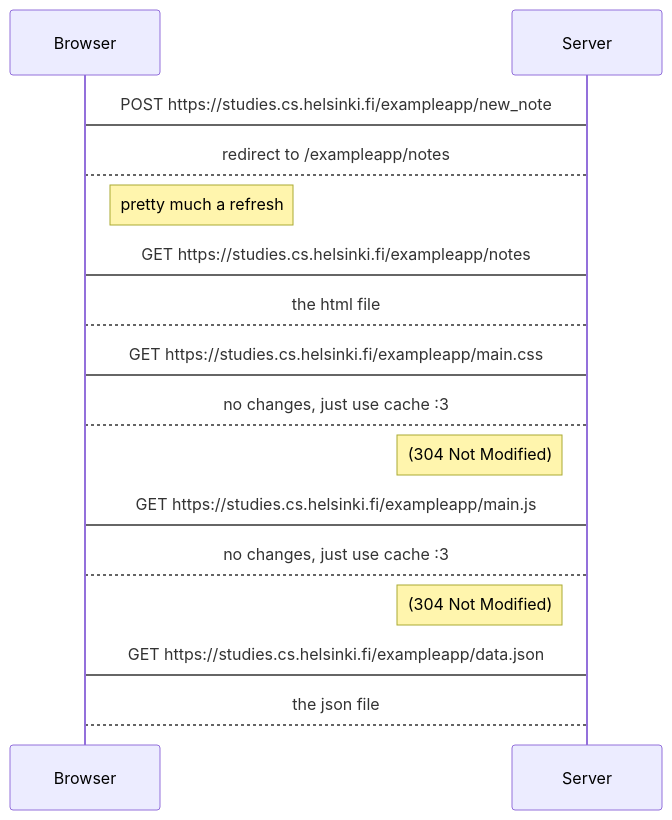
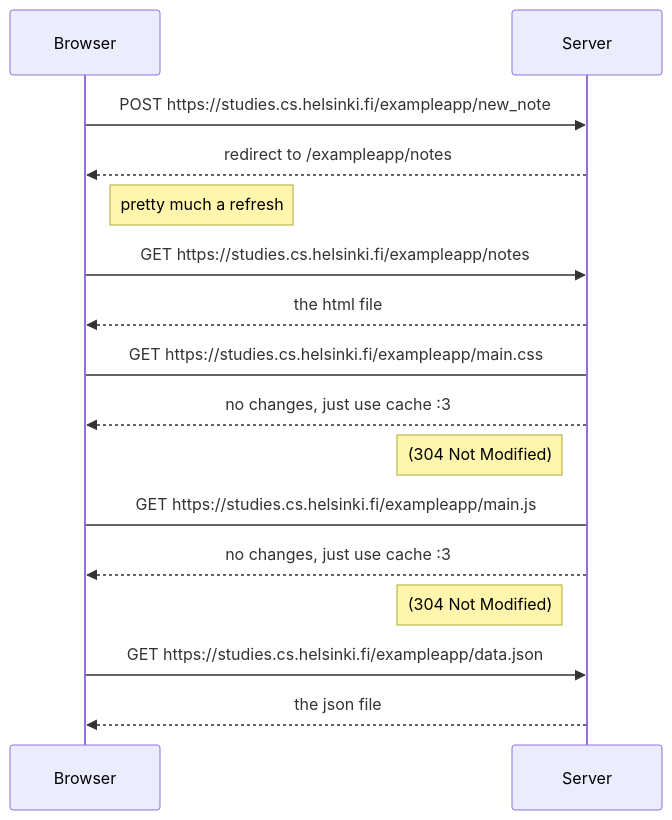
One commit to reddgab/fullstack-submissions changed the diagram in Part 0/Exercise 0.4/flowchart.md. Above: the diagram before and after it, drawn with Mermaid.

Commit message:
Added arrowheads to 0.4

````diff
--- a/Part 0/Exercise 0.4/flowchart.md
+++ b/Part 0/Exercise 0.4/flowchart.md
@@ -1,16 +1,16 @@
 ```mermaid
 sequenceDiagram
-    Browser->Server: POST https://studies.cs.helsinki.fi/exampleapp/new_note
-    Server-->Browser: redirect to /exampleapp/notes
+    Browser->>Server: POST https://studies.cs.helsinki.fi/exampleapp/new_note
+    Server-->>Browser: redirect to /exampleapp/notes
     note right of Browser: pretty much a refresh
-    Browser->Server: GET https://studies.cs.helsinki.fi/exampleapp/notes
-    Server-->Browser: the html file
+    Browser->>Server: GET https://studies.cs.helsinki.fi/exampleapp/notes
+    Server-->>Browser: the html file
     Browser->Server: GET https://studies.cs.helsinki.fi/exampleapp/main.css
-    Server-->Browser: no changes, just use cache :3
+    Server-->>Browser: no changes, just use cache :3
     note left of Server: (304 Not Modified)
     Browser->Server: GET https://studies.cs.helsinki.fi/exampleapp/main.js
-    Server-->Browser: no changes, just use cache :3
+    Server-->>Browser: no changes, just use cache :3
     note left of Server: (304 Not Modified)
-    Browser->Server: GET https://studies.cs.helsinki.fi/exampleapp/data.json
-    Server-->Browser: the json file
+    Browser->>Server: GET https://studies.cs.helsinki.fi/exampleapp/data.json
+    Server-->>Browser: the json file
 ```
````
